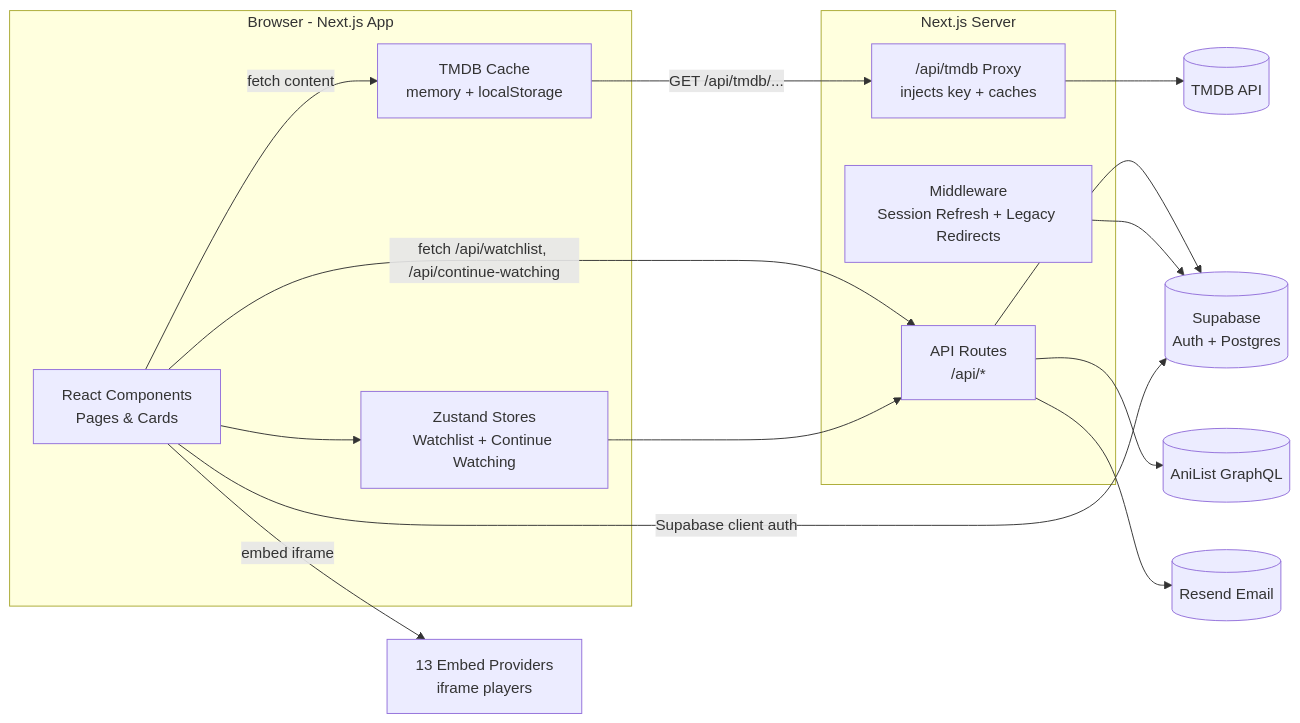
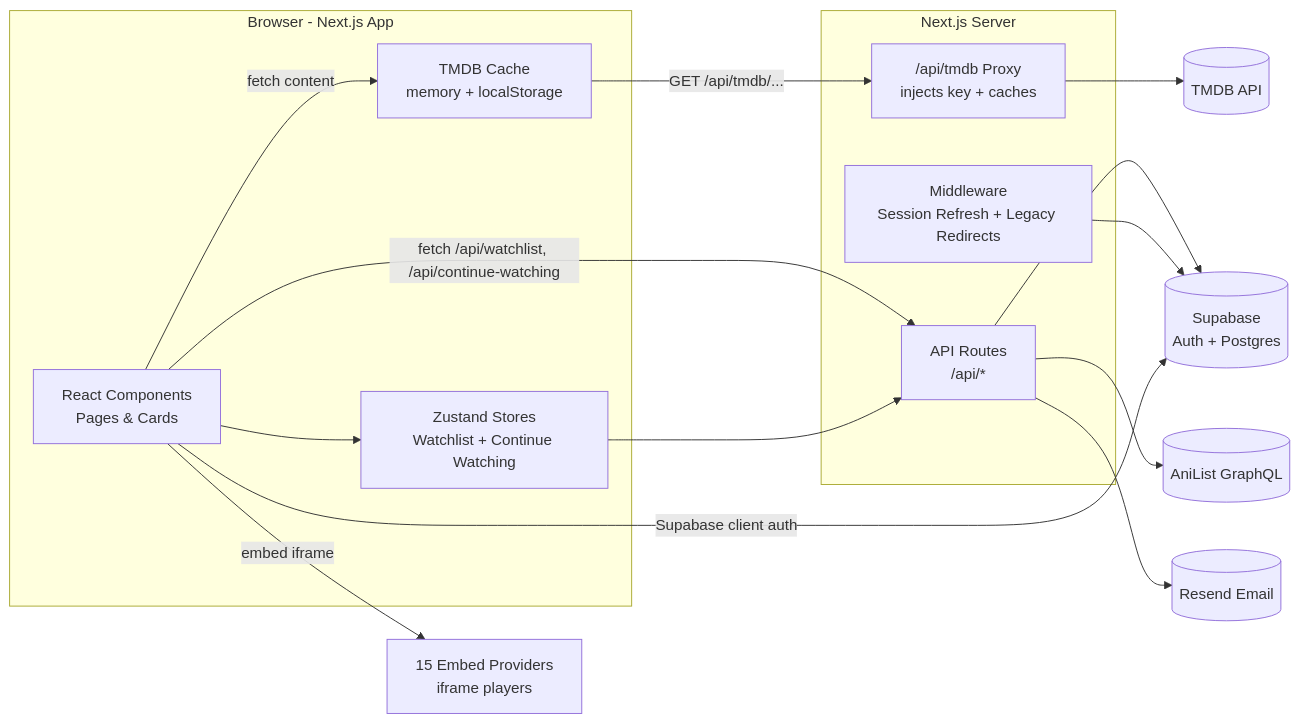
The diagram in README.md (Manvithudupa/movime), drawn with Mermaid before and after one commit. The commit also changed other lines of this file and 1 other file, not shown here.

First line of the commit message:
Add VidSrcPM and VidLink embed sources

````diff
--- a/README.md
+++ b/README.md
@@ -127,33 +127,33 @@
 ```mermaid
 flowchart LR
     subgraph Browser[Browser - Next.js App]
         UI[React Components<br/>Pages & Cards]
         ZS[Zustand Stores<br/>Watchlist + Continue Watching]
         CACHE[TMDB Cache<br/>memory + localStorage]
     end
 
     subgraph API[Next.js Server]
         AR["API Routes<br/>/api/*"]
         PXY["/api/tmdb Proxy<br/>injects key + caches"]
         MW[Middleware<br/>Session Refresh + Legacy Redirects]
     end
 
     TMDB[(TMDB API)]
     ANI[(AniList GraphQL)]
     SUP[(Supabase<br/>Auth + Postgres)]
     RES[(Resend Email)]
-    EMB[13 Embed Providers<br/>iframe players]
+    EMB[15 Embed Providers<br/>iframe players]
 
     UI -->|fetch content| CACHE
     CACHE -->|GET /api/tmdb/...| PXY
     PXY --> TMDB
     UI -->|fetch /api/watchlist, /api/continue-watching| AR
     UI -->|embed iframe| EMB
     AR --> SUP
     AR --> ANI
     AR --> RES
     MW --> SUP
     UI --> ZS
     ZS --> AR
     UI -->|Supabase client auth| SUP
 ```
````
